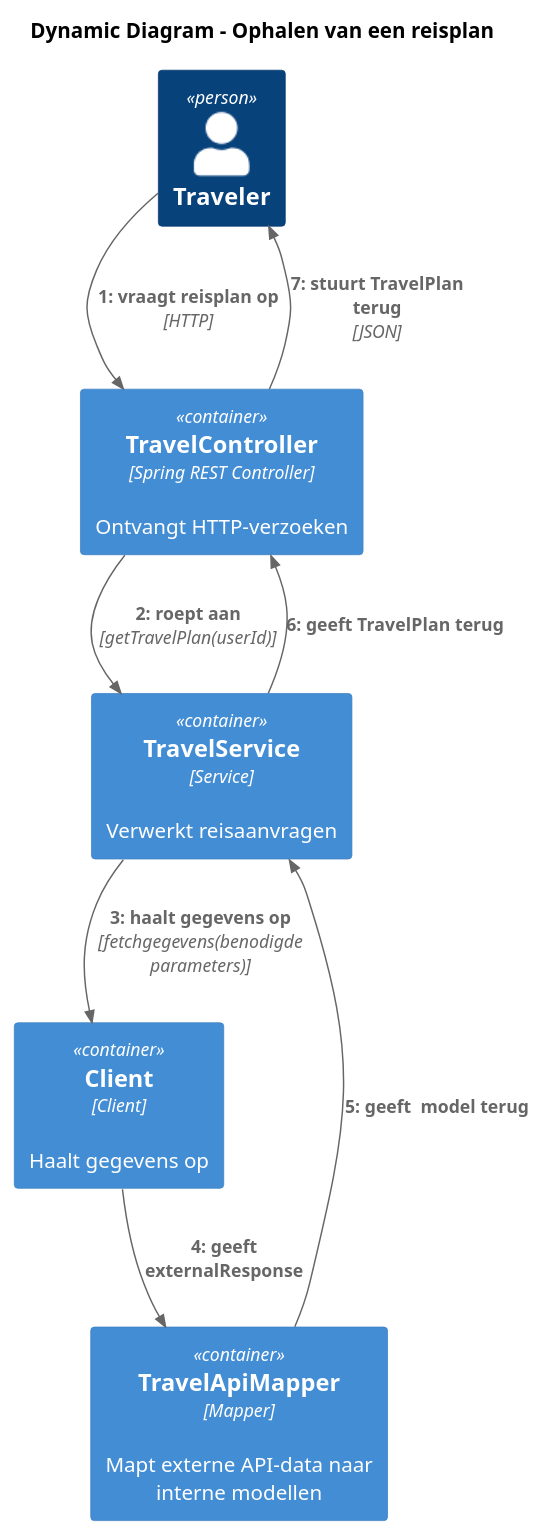
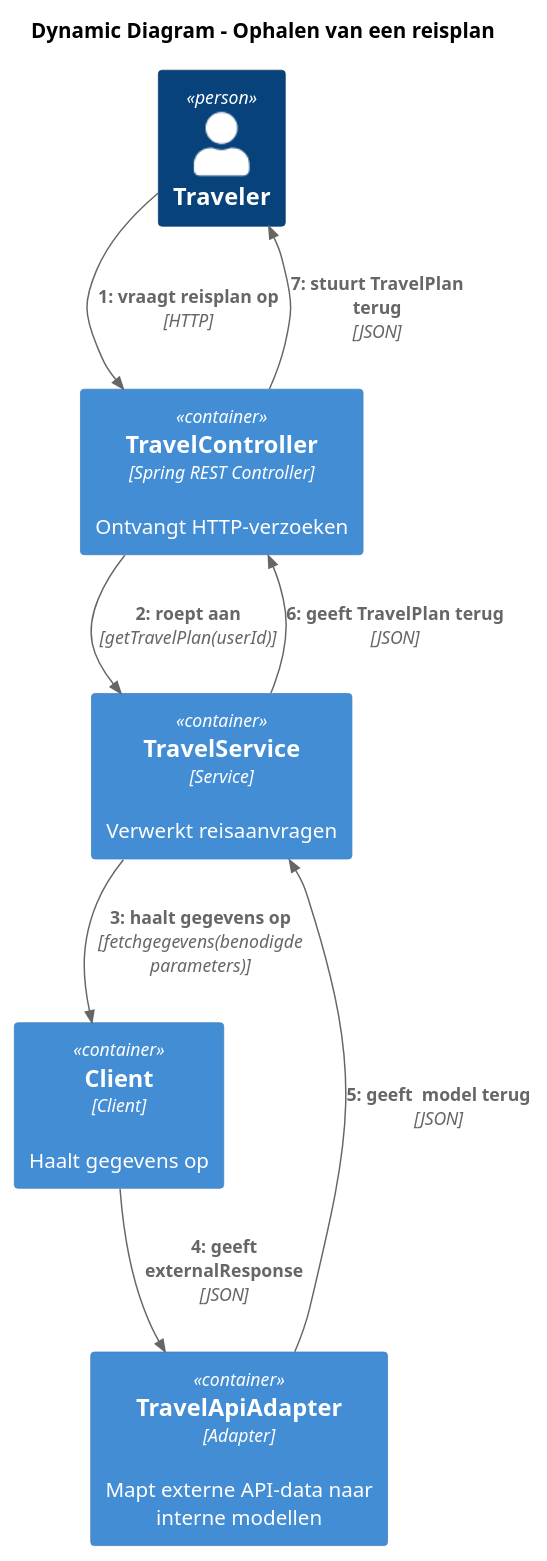
The diagram in opdracht-diagrammen/C4 OntwerpVraag Tren/C4DynamicOntwerpVraagTren.puml (AIM-ENE-feb25/triptop-groep-3), drawn with PlantUML before and after one commit. The commit also changed 4 other files, not shown here.

Commit message:
mapper -> adapter. apigateway weggehaald

```diff
--- a/opdracht-diagrammen/C4 OntwerpVraag Tren/C4DynamicOntwerpVraagTren.puml
+++ b/opdracht-diagrammen/C4 OntwerpVraag Tren/C4DynamicOntwerpVraagTren.puml
@@ -1,29 +1,27 @@
 @startuml
 !include https://raw.githubusercontent.com/plantuml-stdlib/C4-PlantUML/master/C4_Dynamic.puml
 
 title Dynamic Diagram – Ophalen van een reisplan
 
 Person(user, "Traveler")
 
 Container(travelController, "TravelController", "Spring REST Controller", "Ontvangt HTTP-verzoeken")
 Container(travelService, "TravelService", "Service", "Verwerkt reisaanvragen")
 Container(Client, "Client", "Client", "Haalt gegevens op")
-Container(mapper, "TravelApiMapper", "Mapper", "Mapt externe API-data naar interne modellen")
+Container(adapter, "TravelApiAdapter", "Adapter", "Mapt externe API-data naar interne modellen")
 
 Rel(user, travelController, "vraagt reisplan op", "HTTP")
 Rel(travelController, travelService, "roept aan", "getTravelPlan(userId)")
 
-' Als er geen plan is, stel een nieuw plan samen met data uit externe APIs
 Rel(travelService, Client, "haalt gegevens op", "fetchgegevens(benodigde parameters)")
 
 
-' Responses worden gemapt naar interne modellen
-Rel(Client, mapper, "geeft externalResponse")
-Rel(mapper, travelService, "geeft  model terug")
+Rel(Client, adapter, "geeft externalResponse", "JSON")
+Rel(adapter, travelService, "geeft  model terug", "JSON")
 
 
 ' Antwoord terug naar controller
-Rel(travelService, travelController, "geeft TravelPlan terug")
+Rel(travelService, travelController, "geeft TravelPlan terug", "JSON")
 Rel(travelController, user, "stuurt TravelPlan terug", "JSON")
 
 @enduml
```
